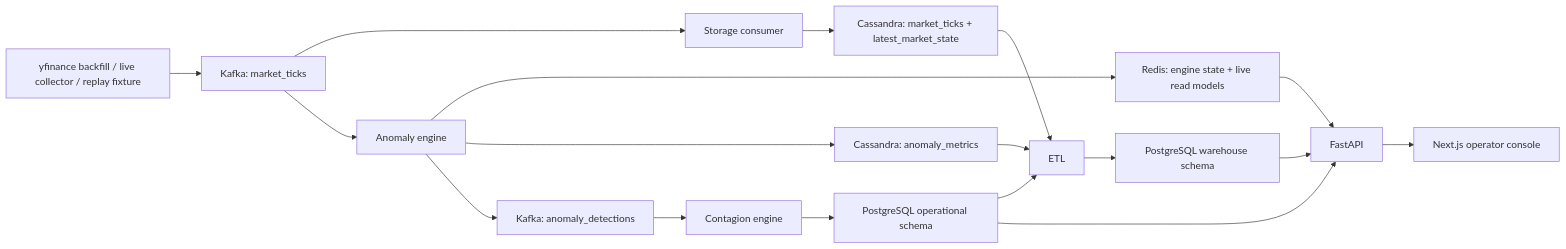
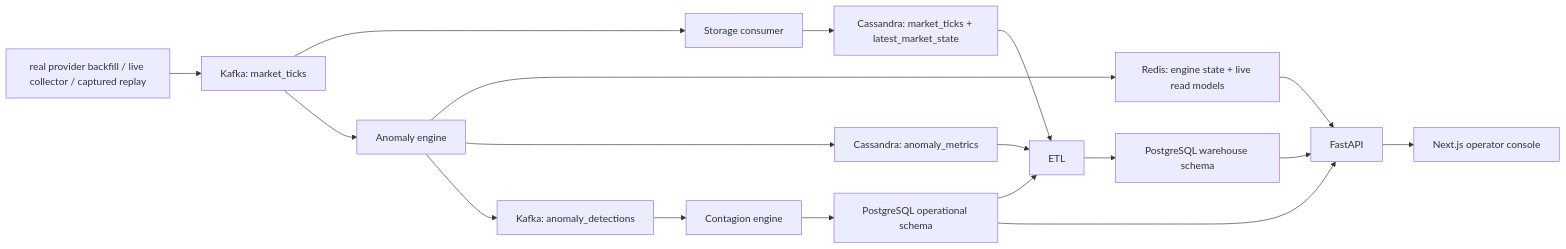
The diagram in README.md (aryan1078/indian-equities-market-surveillance-platform), drawn with Mermaid before and after one commit. The commit also changed other lines of this file and 21 other files, not shown here.

Commit message:
Rebuild platform for strict real market data

````diff
--- a/README.md
+++ b/README.md
@@ -17,20 +18,20 @@
 ```mermaid
 flowchart LR
-    A["yfinance backfill / live collector / replay fixture"] --> B["Kafka: market_ticks"]
+    A["real provider backfill / live collector / captured replay"] --> B["Kafka: market_ticks"]
     B --> C["Storage consumer"]
     B --> D["Anomaly engine"]
     C --> E["Cassandra: market_ticks + latest_market_state"]
     D --> F["Redis: engine state + live read models"]
     D --> G["Cassandra: anomaly_metrics"]
     D --> H["Kafka: anomaly_detections"]
     H --> I["Contagion engine"]
     I --> J["PostgreSQL operational schema"]
     E --> K["ETL"]
     G --> K
     J --> K
     K --> L["PostgreSQL warehouse schema"]
     J --> M["FastAPI"]
     L --> M
     F --> M
     M --> N["Next.js operator console"]
 ```
````
